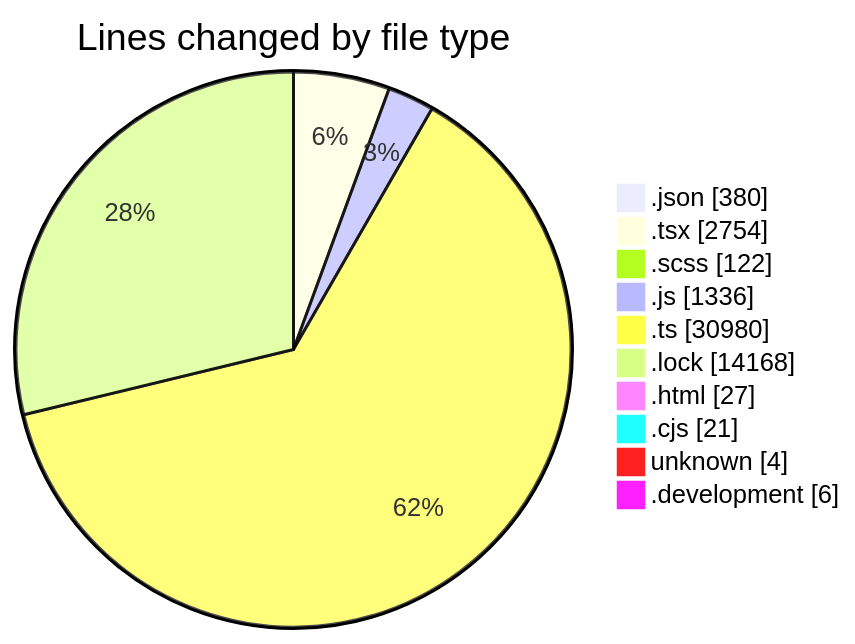
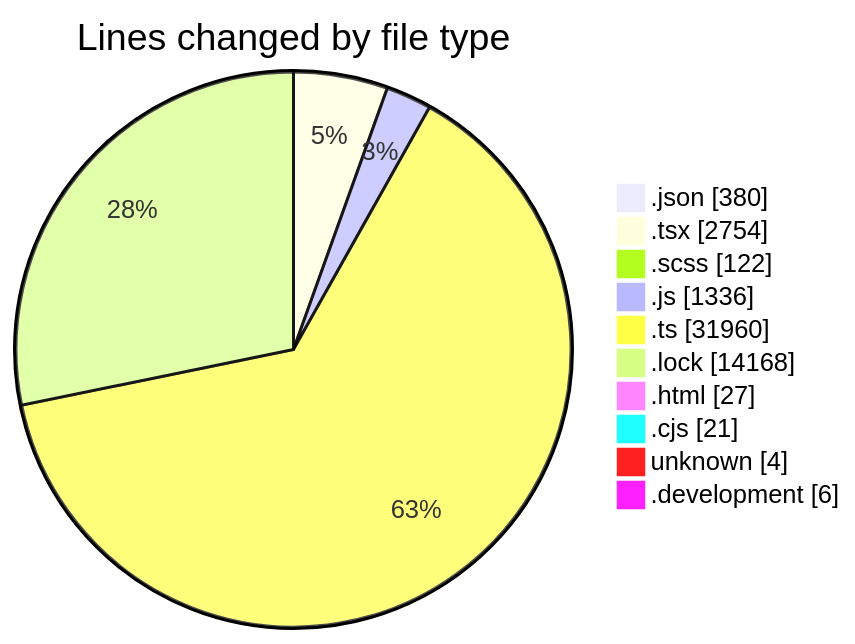
The first of 2 diagrams in 2026-09-03/cda/README.md (momahboobian/code-tracking), drawn with Mermaid before and after one commit. The commit also changed other lines of this file and 1 other file, not shown here.

````diff
--- a/2026-09-03/cda/README.md
+++ b/2026-09-03/cda/README.md
@@ -64,14 +64,14 @@
 ```mermaid
 pie showData
 title Lines changed by file type
 ".json" : 380
 ".tsx" : 2754
 ".scss" : 122
 ".js" : 1336
-".ts" : 30980
+".ts" : 31960
 ".lock" : 14168
 ".html" : 27
 ".cjs" : 21
 "unknown" : 4
 ".development" : 6
 ```
````
